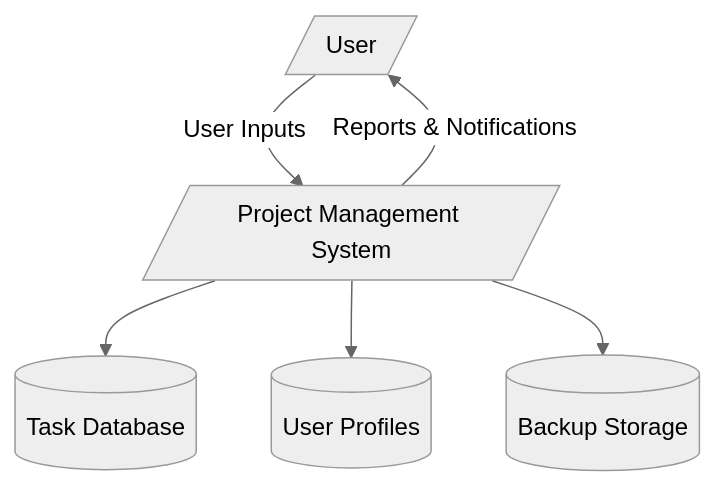
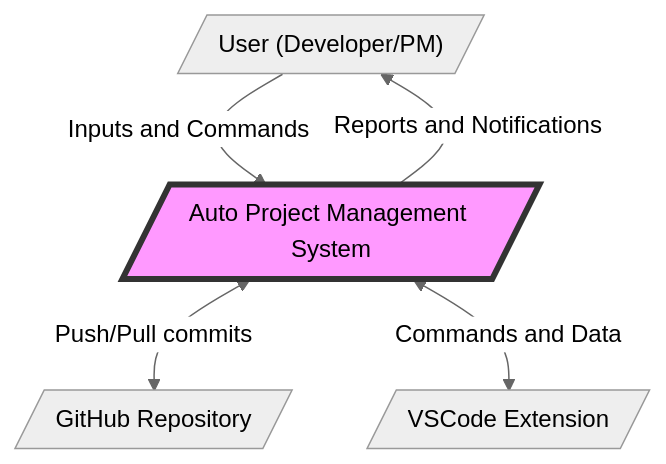
The first of 7 diagrams in Docs/entire_project/DFD_Diagrams.md (Shakour-Data/AutoProjectManagement), drawn with Mermaid (neutral theme) before and after one commit. The commit also changed other lines of this file, not shown here.

````diff
--- a/Docs/entire_project/DFD_Diagrams.md
+++ b/Docs/entire_project/DFD_Diagrams.md
@@ -22,17 +9,14 @@
 ```mermaid
 graph TD
-    User[/"User"/]
-    System[/"Project Management System"/]
-
-    User -->|User Inputs| System
-    System -->|Reports & Notifications| User
-
-    %% Data Stores
-    TaskDB[(Task Database)]
-    UserProfiles[(User Profiles)]
-    BackupStorage[(Backup Storage)]
-
-    System --> TaskDB
-    System --> UserProfiles
-    System --> BackupStorage
+    User[/"User (Developer/PM)"/]
+    System[/"Auto Project Management System"/]
+    GitHub[/"GitHub Repository"/]
+    VSCode[/"VSCode Extension"/]
+    
+    User -->|Inputs and Commands| System
+    System -->|Reports and Notifications| User
+    System <-->|Push/Pull commits| GitHub
+    System <-->|Commands and Data| VSCode
+    
+    style System fill:#f9f,stroke:#333,stroke-width:4px
 ```
````
